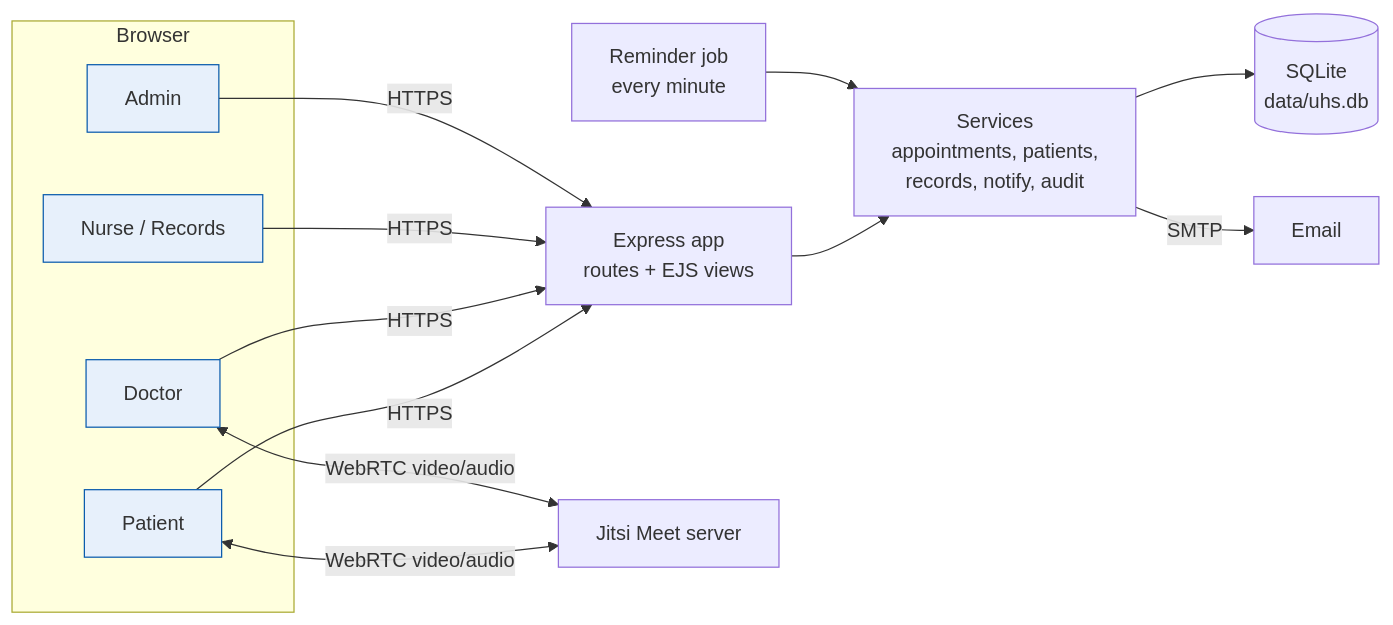
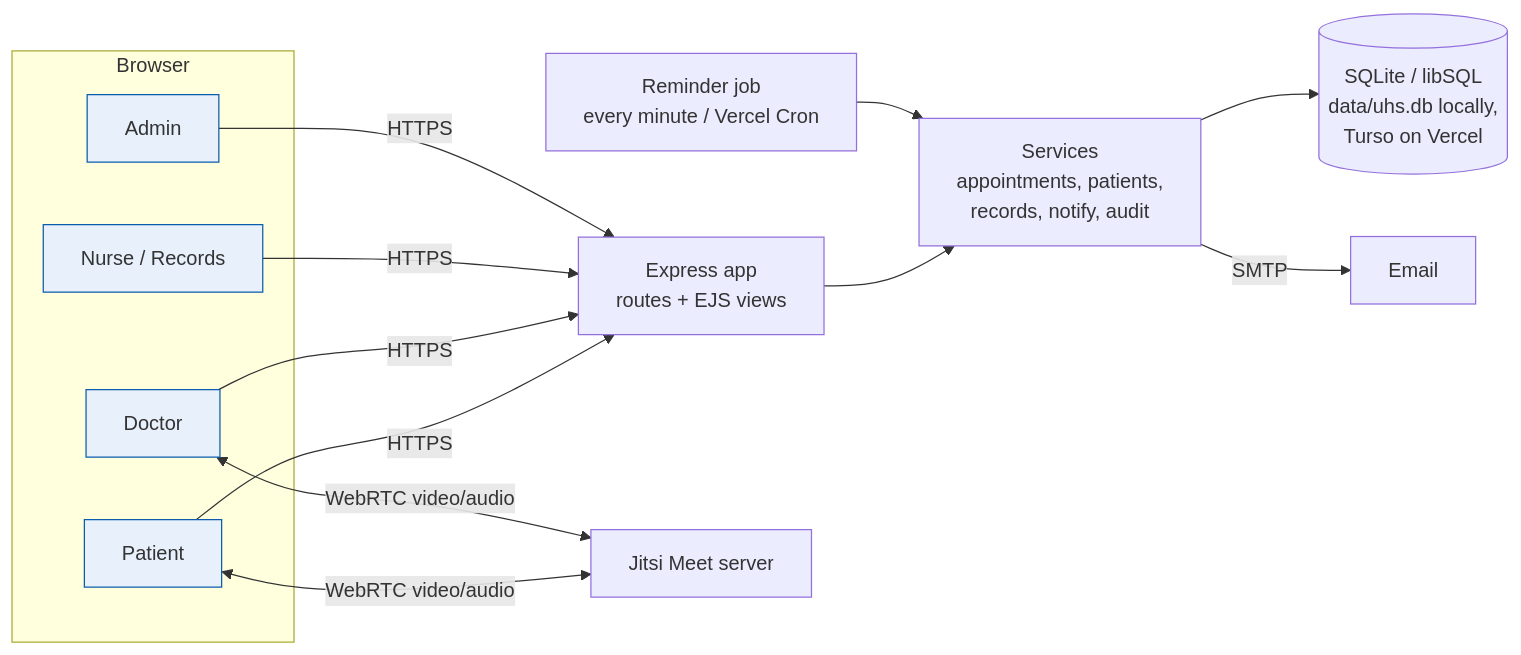
One commit to Jayminai/Remote-HealthCare changed the second of 5 diagrams in README.md. Above: the diagram before and after it, drawn with Mermaid. The commit also changed other lines of this file and 35 other files, not shown here.

First line of the commit message:
Prepare for Vercel: libSQL/Turso database and serverless entry point

````diff
--- a/README.md
+++ b/README.md
@@ -360,17 +410,17 @@
 ```mermaid
 flowchart LR
   subgraph Browser
     P[Patient]:::u
     D[Doctor]:::u
     N[Nurse / Records]:::u
     A[Admin]:::u
   end
   P & D & N & A -->|HTTPS| E[Express app<br/>routes + EJS views]
   E --> S[Services<br/>appointments, patients,<br/>records, notify, audit]
-  S --> DB[(SQLite<br/>data/uhs.db)]
-  R[Reminder job<br/>every minute] --> S
+  S --> DB[(SQLite / libSQL<br/>data/uhs.db locally,<br/>Turso on Vercel)]
+  R[Reminder job<br/>every minute / Vercel Cron] --> S
   S -->|SMTP| M[Email]
   P <-->|WebRTC video/audio| J[Jitsi Meet server]
   D <-->|WebRTC video/audio| J
   classDef u fill:#e7f0fb,stroke:#0b5cad
 ```
````
